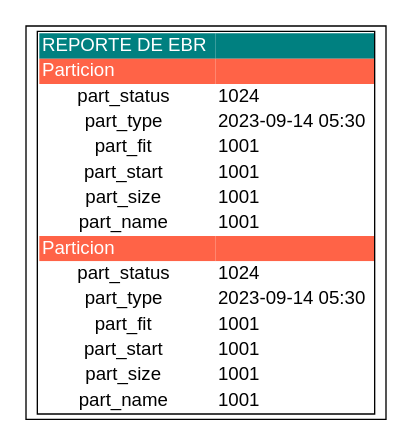
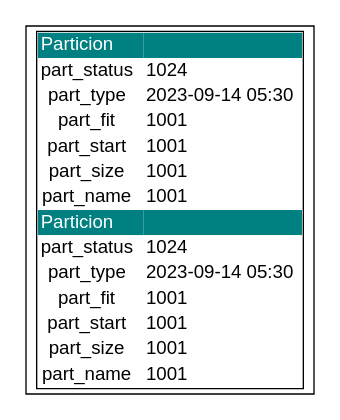
The diagram in ebrReport.dot (luis-tavico/MIA_2SP1_202000562), drawn with Graphviz before and after one commit. The commit also changed 40 other files, not shown here.

```diff
--- a/ebrReport.dot
+++ b/ebrReport.dot
@@ -1,68 +1,64 @@
 digraph G {
   subgraph cluster { margin="0.0" penwidth="1.0"
     tbl [shape=none fontname="Arial" label=<
         <table border="1" cellborder="0" cellspacing="0">
         <tr>
-            <td bgcolor="teal" align="left"><font color="white"> REPORTE DE EBR </font></td>
+            <td bgcolor="teal" align="left"><font color="white"> Particion </font></td>
             <td bgcolor="teal" align="left"><font color="white"> </font></td>
-        </tr>
-        <tr>
-            <td bgcolor="tomato" align="left"><font color="white"> Particion </font></td>
-            <td bgcolor="tomato" align="left"><font color="white"> </font></td>
         </tr>
         <tr>
             <td bgcolor="white" align="center"> part_status </td>
             <td bgcolor="white" align="left"> 1024 </td>
         </tr>
         <tr>
             <td bgcolor="white" align="center"> part_type </td>
             <td bgcolor="white" align="left"> 2023-09-14 05:30 </td>
         </tr>
         <tr>
             <td bgcolor="white" align="center"> part_fit </td>
             <td bgcolor="white" align="left"> 1001 </td>
         </tr>
         <tr>
             <td bgcolor="white" align="center"> part_start </td>
             <td bgcolor="white" align="left"> 1001 </td>
         </tr>
         <tr>
             <td bgcolor="white" align="center"> part_size </td>
             <td bgcolor="white" align="left"> 1001 </td>
         </tr>
         <tr>
             <td bgcolor="white" align="center"> part_name </td>
             <td bgcolor="white" align="left"> 1001 </td>
         </tr>
         <tr>
-            <td bgcolor="tomato" align="left"><font color="white"> Particion </font></td>
-            <td bgcolor="tomato" align="left"><font color="white"> </font></td>
+            <td bgcolor="teal" align="left"><font color="white"> Particion </font></td>
+            <td bgcolor="teal" align="left"><font color="white"> </font></td>
         </tr>
         <tr>
             <td bgcolor="white" align="center"> part_status </td>
             <td bgcolor="white" align="left"> 1024 </td>
         </tr>
         <tr>
             <td bgcolor="white" align="center"> part_type </td>
             <td bgcolor="white" align="left"> 2023-09-14 05:30 </td>
         </tr>
         <tr>
             <td bgcolor="white" align="center"> part_fit </td>
             <td bgcolor="white" align="left"> 1001 </td>
         </tr>
         <tr>
             <td bgcolor="white" align="center"> part_start </td>
             <td bgcolor="white" align="left"> 1001 </td>
         </tr>
         <tr>
             <td bgcolor="white" align="center"> part_size </td>
             <td bgcolor="white" align="left"> 1001 </td>
         </tr>
         <tr>
             <td bgcolor="white" align="center"> part_name </td>
             <td bgcolor="white" align="left"> 1001 </td>
         </tr>
         </table>
     >];
   }
 }
```
